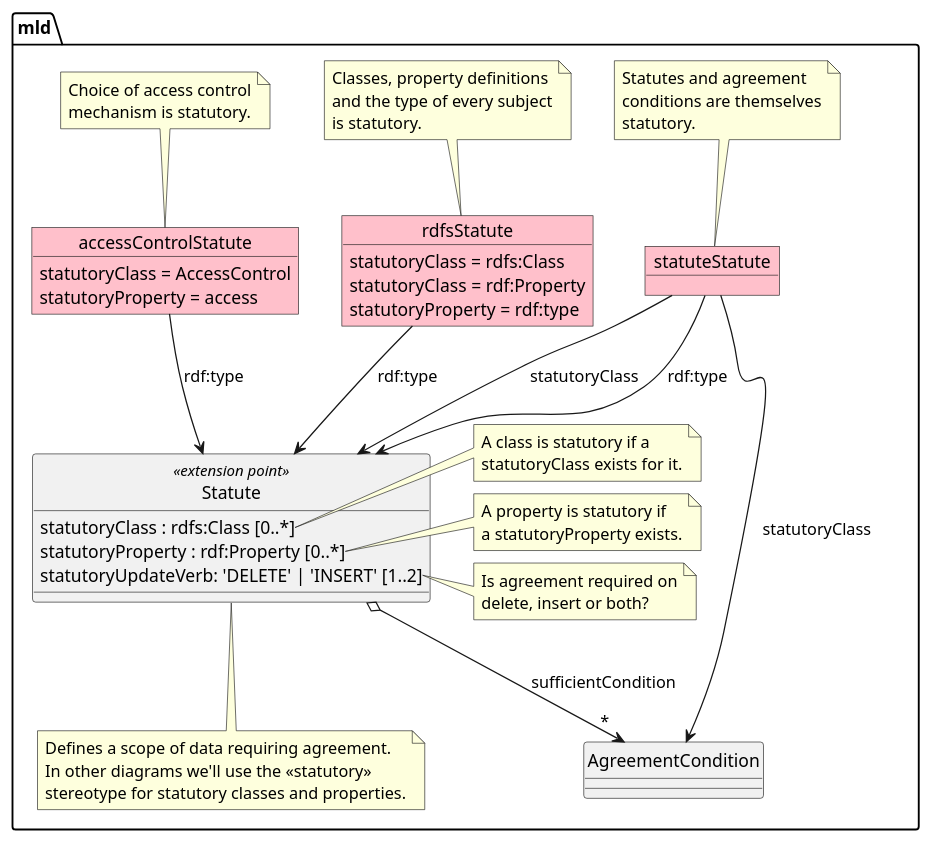
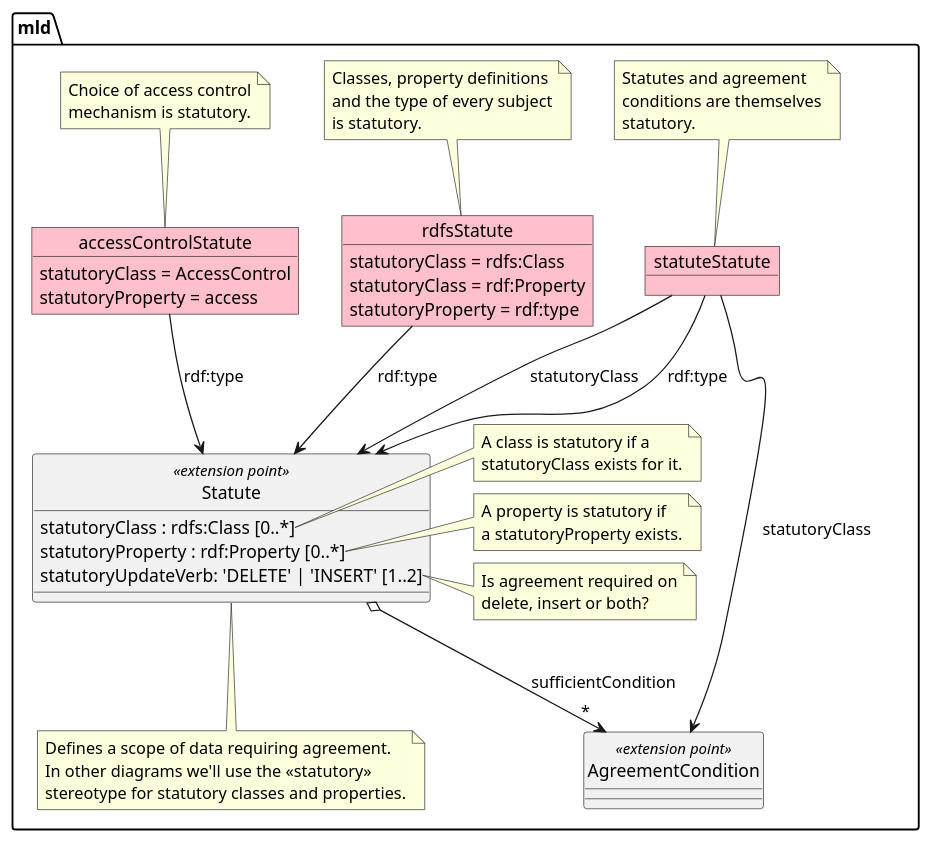
Before and after one commit to m-ld/m-ld-security-spec: the diagram in design/statute.class.puml, drawn with PlantUML. The commit also changed 5 other files, not shown here.

Commit message:
#3: Data-driven authorisation prototype thinking Refinements to design Mindmap images

```diff
--- a/design/statute.class.puml
+++ b/design/statute.class.puml
@@ -1,70 +1,72 @@
 @startuml
 'https://plantuml.com/object-diagram
 
 hide circle
 
 skinparam object {
   BackgroundColor Pink
 }
 
 package mld {
 
 class Statute <<extension point>> {
   statutoryClass : rdfs:Class [0..*]
   statutoryProperty : rdf:Property [0..*]
   statutoryUpdateVerb: 'DELETE' | 'INSERT' [1..2]
 }
 note bottom
 Defines a scope of data requiring agreement.
 In other diagrams we'll use the <<statutory>>
 stereotype for statutory classes and properties.
 end note
 note right of Statute::statutoryClass
 A class is statutory if a
 statutoryClass exists for it.
 end note
 note right of Statute::statutoryProperty
 A property is statutory if
 a statutoryProperty exists.
 end note
 note right of Statute::statutoryUpdateVerb
 Is agreement required on
 delete, insert or both?
 end note
+
+class AgreementCondition <<extension point>>
 
 Statute o--> "*" AgreementCondition : sufficientCondition
 
 object statuteStatute
 note top
 Statutes and agreement
 conditions are themselves
 statutory.
 end note
 statuteStatute --> Statute : statutoryClass
 statuteStatute --> Statute : rdf:type
 statuteStatute --> AgreementCondition : statutoryClass
 
 object rdfsStatute {
   statutoryClass = rdfs:Class
   statutoryClass = rdf:Property
   statutoryProperty = rdf:type
 }
 note top
   Classes, property definitions
   and the type of every subject
   is statutory.
 end note
 rdfsStatute --> Statute : rdf:type
 
 object accessControlStatute {
   statutoryClass = AccessControl
   statutoryProperty = access
 }
 note top
   Choice of access control
   mechanism is statutory.
 end note
 accessControlStatute --> Statute : rdf:type
 
 }
 @enduml
```
